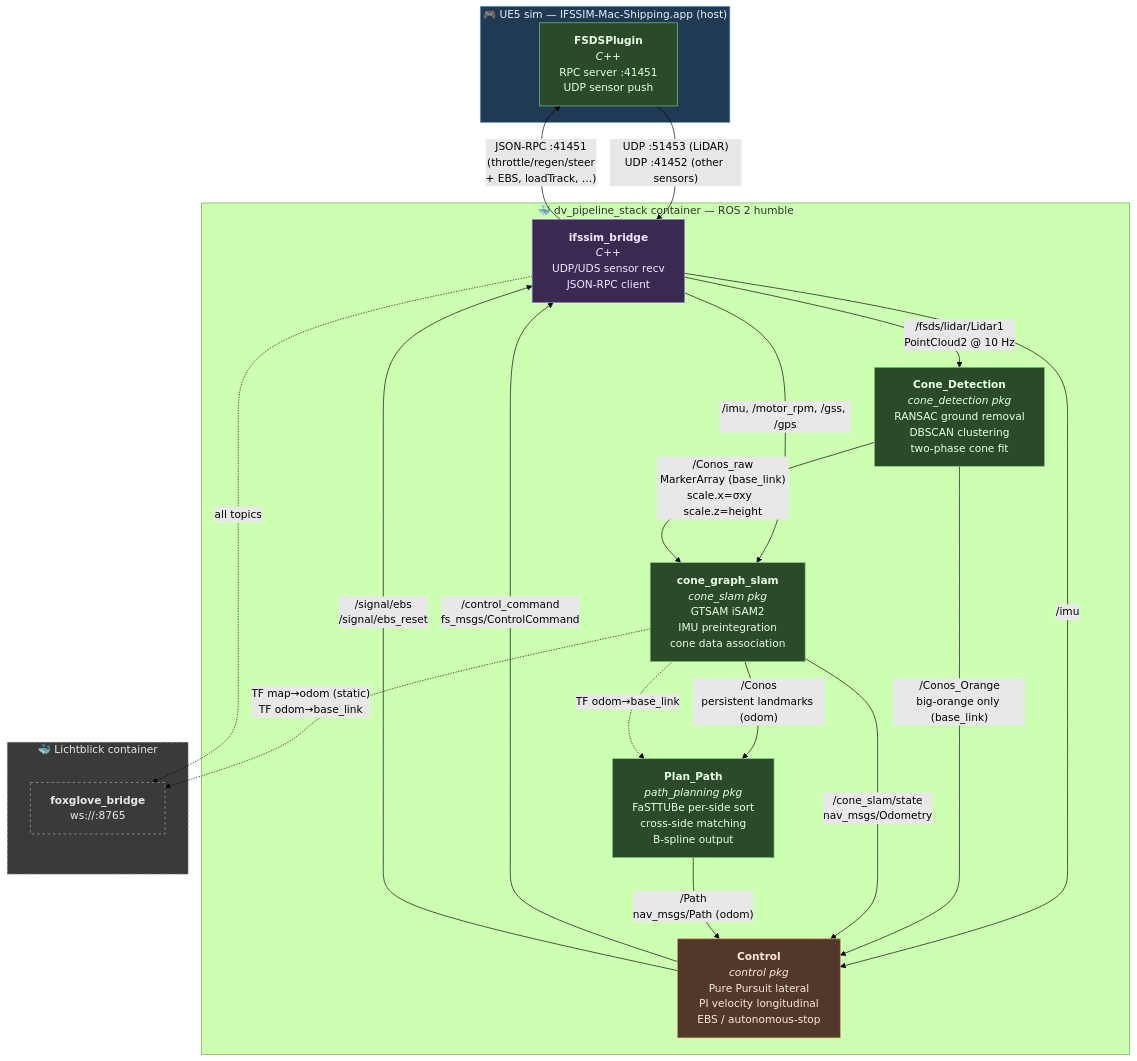
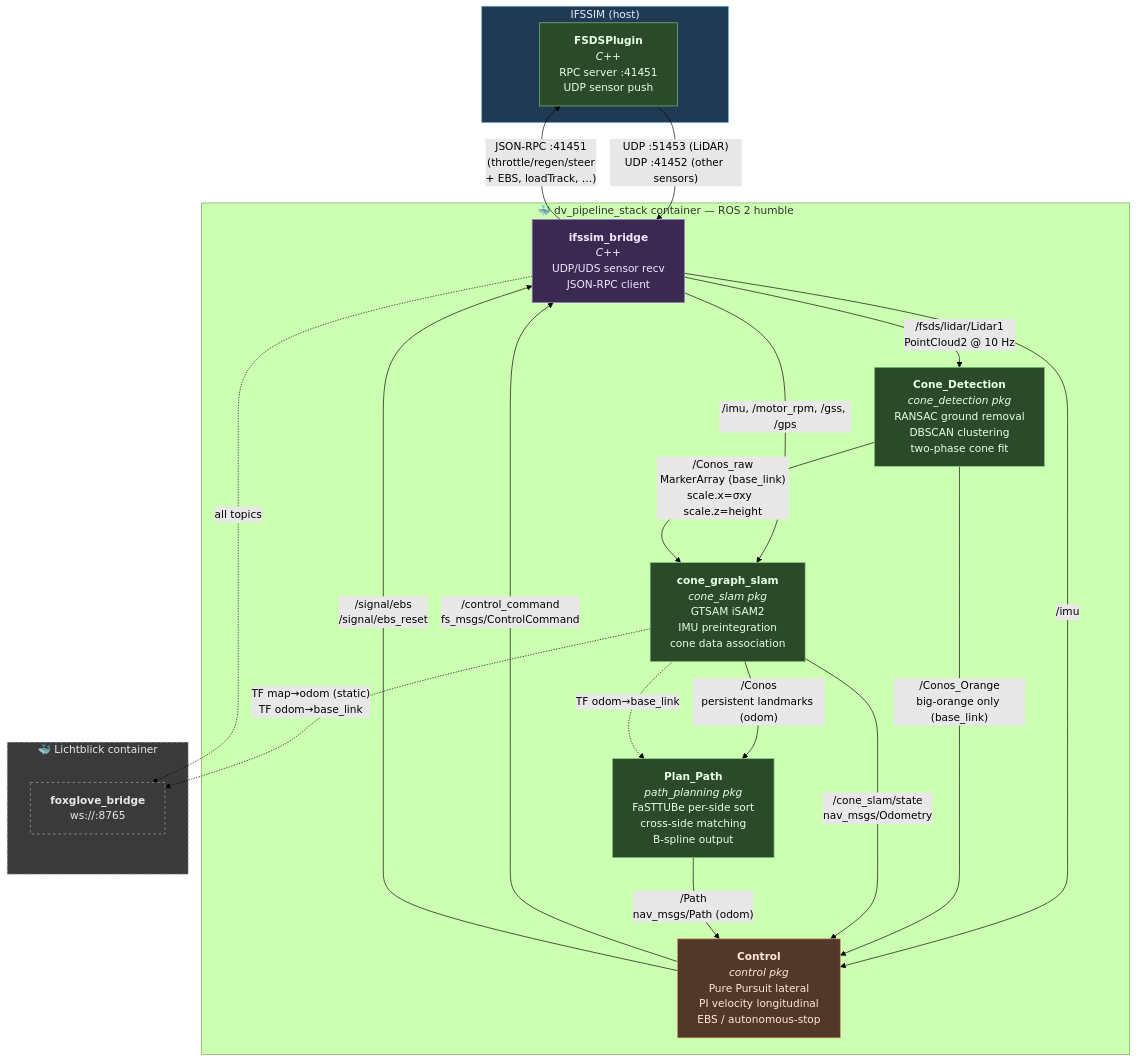
The first of 2 diagrams in docs/autonomy_pipeline.md (isc-fs/IFSSIM), drawn with Mermaid (forest theme) before and after one commit.

Commit message:
Minor adjustments in naming

````diff
--- a/docs/autonomy_pipeline.md
+++ b/docs/autonomy_pipeline.md
@@ -9,51 +9,51 @@
 ```mermaid
 flowchart TB
     classDef sim fill:#1f3a52,stroke:#5fa3d6,color:#e8f0ff
     classDef bridge fill:#3a2a52,stroke:#a778d6,color:#f0e8ff
     classDef node fill:#2a4a2a,stroke:#7dc97d,color:#e8ffe8
     classDef ctrl fill:#52382a,stroke:#d6925f,color:#ffe8d8
     classDef viz fill:#3a3a3a,stroke:#a8a8a8,color:#e8e8e8,stroke-dasharray:4 4
 
-    subgraph UE5["🎮 UE5 sim — IFSSIM-Mac-Shipping.app (host)"]
+    subgraph UE5["IFSSIM (host)"]
         plugin["<b>FSDSPlugin</b><br/><i>C++</i><br/>RPC server :41451<br/>UDP sensor push"]
     end
     class UE5 sim
 
     subgraph BridgeContainer["🐳 dv_pipeline_stack container — ROS 2 humble"]
         bridge["<b>ifssim_bridge</b><br/><i>C++</i><br/>UDP/UDS sensor recv<br/>JSON-RPC client"]
         cd["<b>Cone_Detection</b><br/><i>cone_detection pkg</i><br/>RANSAC ground removal<br/>DBSCAN clustering<br/>two-phase cone fit"]
         slam["<b>cone_graph_slam</b><br/><i>cone_slam pkg</i><br/>GTSAM iSAM2<br/>IMU preintegration<br/>cone data association"]
         plan["<b>Plan_Path</b><br/><i>path_planning pkg</i><br/>FaSTTUBe per-side sort<br/>cross-side matching<br/>B-spline output"]
         ctrl["<b>Control</b><br/><i>control pkg</i><br/>Pure Pursuit lateral<br/>PI velocity longitudinal<br/>EBS / autonomous-stop"]
     end
     class bridge bridge
     class cd,slam,plan node
     class ctrl ctrl
 
     subgraph VizContainer["🐳 Lichtblick container"]
         fox["<b>foxglove_bridge</b><br/>ws://:8765"]
     end
     class fox,VizContainer viz
 
     plugin -- "UDP :51453 (LiDAR)<br/>UDP :41452 (other sensors)" --> bridge
     bridge -- "/fsds/lidar/Lidar1<br/>PointCloud2 @ 10 Hz" --> cd
     bridge -- "/imu, /motor_rpm, /gss, /gps" --> slam
     bridge -- "/imu" --> ctrl
 
     cd -- "/Conos_raw<br/>MarkerArray (base_link)<br/>scale.x=σxy  scale.z=height" --> slam
     cd -- "/Conos_Orange<br/>big-orange only (base_link)" --> ctrl
 
     slam -- "/Conos<br/>persistent landmarks (odom)" --> plan
     slam -. "TF odom→base_link" .-> plan
     slam -- "/cone_slam/state<br/>nav_msgs/Odometry" --> ctrl
     slam -. "TF map→odom (static)<br/>TF odom→base_link" .-> fox
 
     plan -- "/Path<br/>nav_msgs/Path (odom)" --> ctrl
 
     ctrl -- "/control_command<br/>fs_msgs/ControlCommand" --> bridge
     ctrl -- "/signal/ebs<br/>/signal/ebs_reset" --> bridge
 
     bridge -- "JSON-RPC :41451<br/>(throttle/regen/steer<br/>+ EBS, loadTrack, …)" --> plugin
 
     bridge -. "all topics" .-> fox
 ```
````
